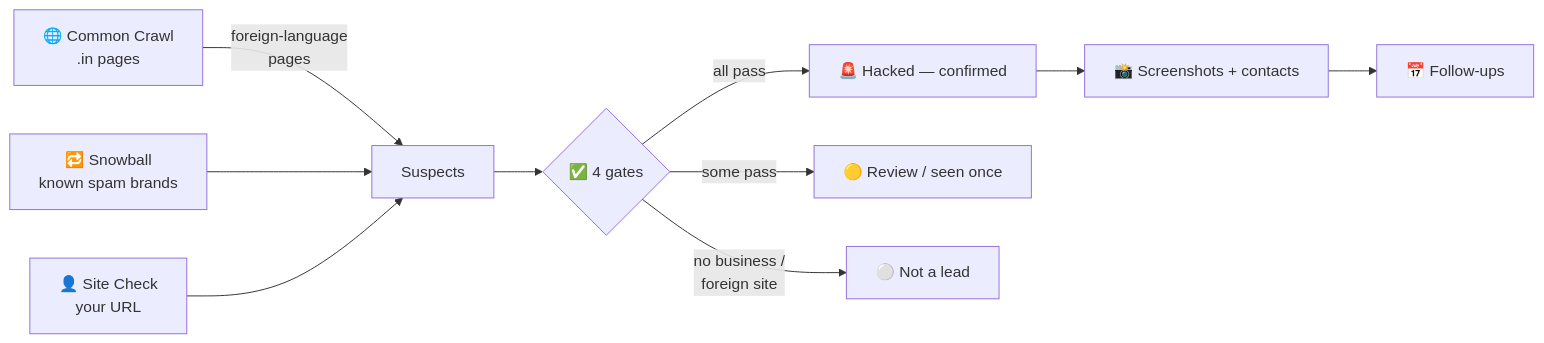
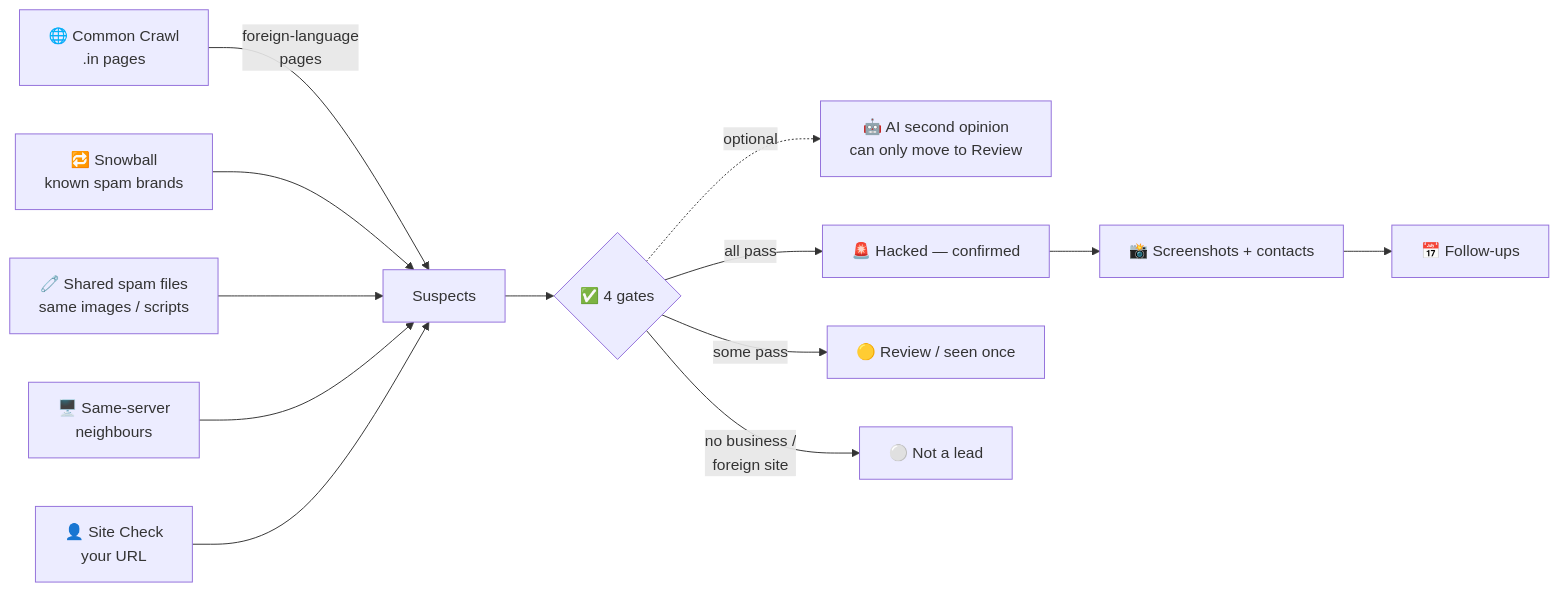
One commit to Mariappan-KM/websitecheck changed the diagram in README.md. Above: the diagram before and after it, drawn with Mermaid. The commit also changed other lines of this file and 10 other files, not shown here.

First line of the commit message:
Add shared-spam-files and same-server sources, optional LLM helper

````diff
--- a/README.md
+++ b/README.md
@@ -164,12 +167,15 @@
 ```mermaid
 flowchart LR
     A[🌐 Common Crawl<br/>.in pages] -->|foreign-language<br/>pages| C[Suspects]
     B[🔁 Snowball<br/>known spam brands] --> C
+    AS[🧷 Shared spam files<br/>same images / scripts] --> C
+    SI[🖥️ Same-server<br/>neighbours] --> C
     U[👤 Site Check<br/>your URL] --> C
     C --> V{✅ 4 gates}
+    V -.->|optional| AI[🤖 AI second opinion<br/>can only move to Review]
     V -->|all pass| H[🚨 Hacked — confirmed]
     V -->|some pass| R[🟡 Review / seen once]
     V -->|no business /<br/>foreign site| N[⚪ Not a lead]
     H --> S[📸 Screenshots + contacts]
     S --> F[📅 Follow-ups]
 ```
````
